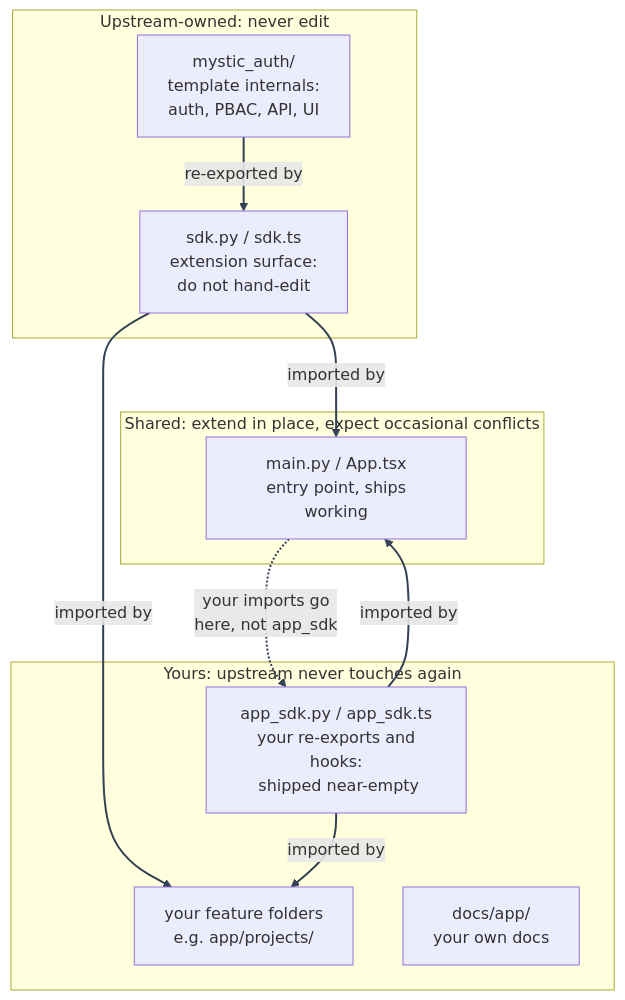
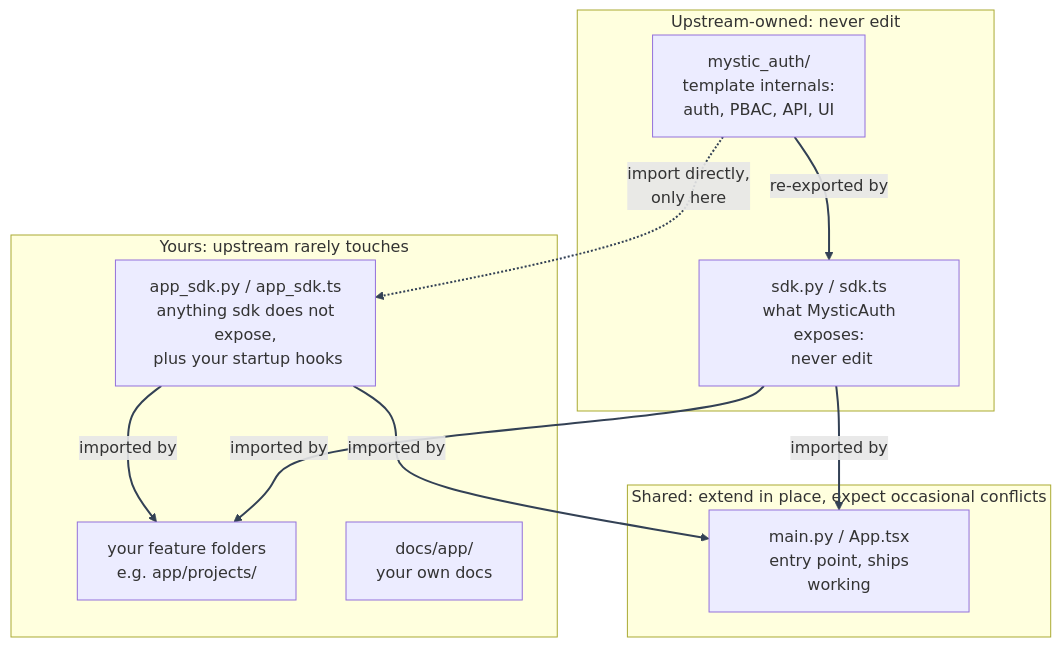
Before and after one commit to Nachiket-2024/mystic-auth: the diagram in docs/mystic_auth/template-usage/ownership-split.md, drawn with Mermaid. The commit also changed other lines of this file and 820 other files, not shown here.

````diff
--- a/docs/mystic_auth/template-usage/ownership-split.md
+++ b/docs/mystic_auth/template-usage/ownership-split.md
@@ -26,23 +29,23 @@
 ```mermaid
 %%{init: {"themeVariables": {"lineColor": "#334155"}} }%%
 flowchart TB
     subgraph upstream["Upstream-owned: never edit"]
         MA["mystic_auth/\n template internals:\n auth, PBAC, API, UI"]
-        SDK["sdk.py / sdk.ts\n extension surface:\n do not hand-edit"]
+        SDK["sdk.py / sdk.ts\n what MysticAuth exposes:\n never edit"]
     end
     subgraph shared["Shared: extend in place, expect occasional conflicts"]
         ENTRY["main.py / App.tsx\n entry point, ships working"]
     end
-    subgraph yours["Yours: upstream never touches again"]
-        APPSDK["app_sdk.py / app_sdk.ts\n your re-exports and hooks:\n shipped near-empty"]
+    subgraph yours["Yours: upstream rarely touches"]
+        APPSDK["app_sdk.py / app_sdk.ts\n anything sdk does not expose,\n plus your startup hooks"]
         FEATURES["your feature folders\n e.g. app/projects/"]
         DOCSAPP["docs/app/\n your own docs"]
     end
     MA -->|re-exported by| SDK
     SDK -->|imported by| ENTRY
     SDK -->|imported by| FEATURES
     APPSDK -->|imported by| ENTRY
     APPSDK -->|imported by| FEATURES
-    ENTRY -.->|"your imports go\n here, not app_sdk"| APPSDK
+    MA -.->|"import directly,\n only here"| APPSDK
     linkStyle default stroke:#334155,stroke-width:2px
 ```
````
